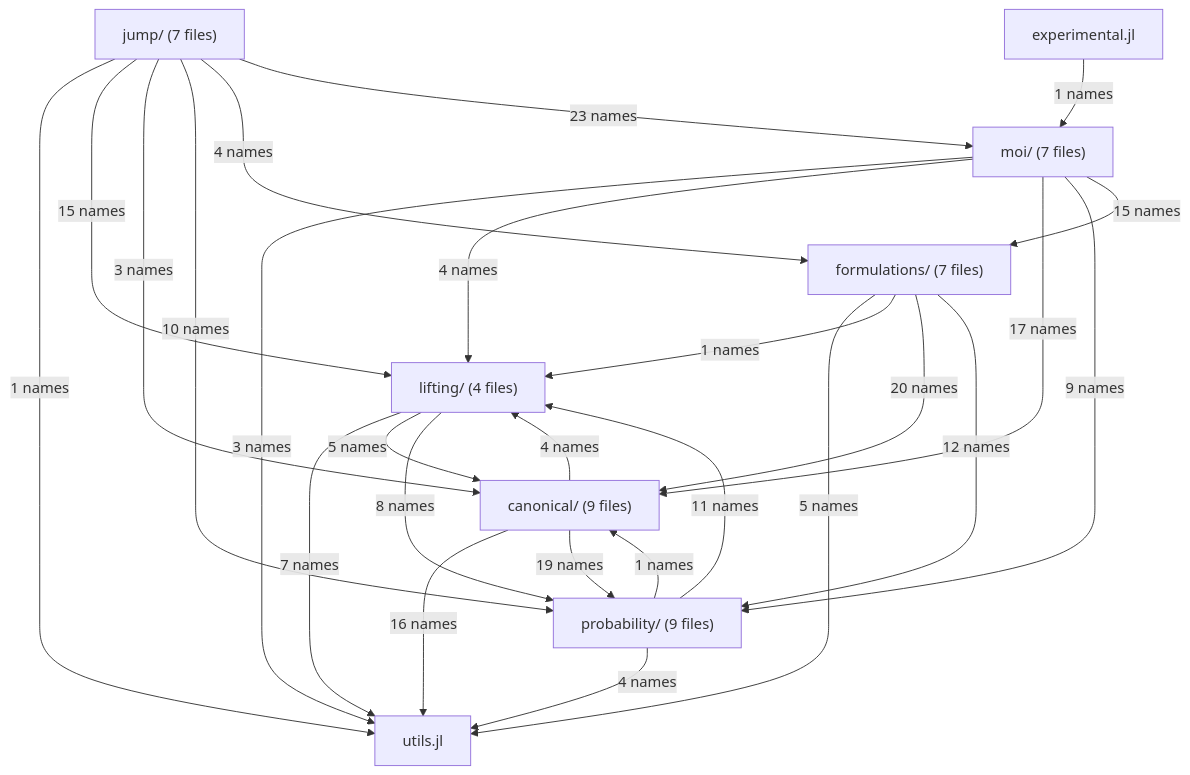
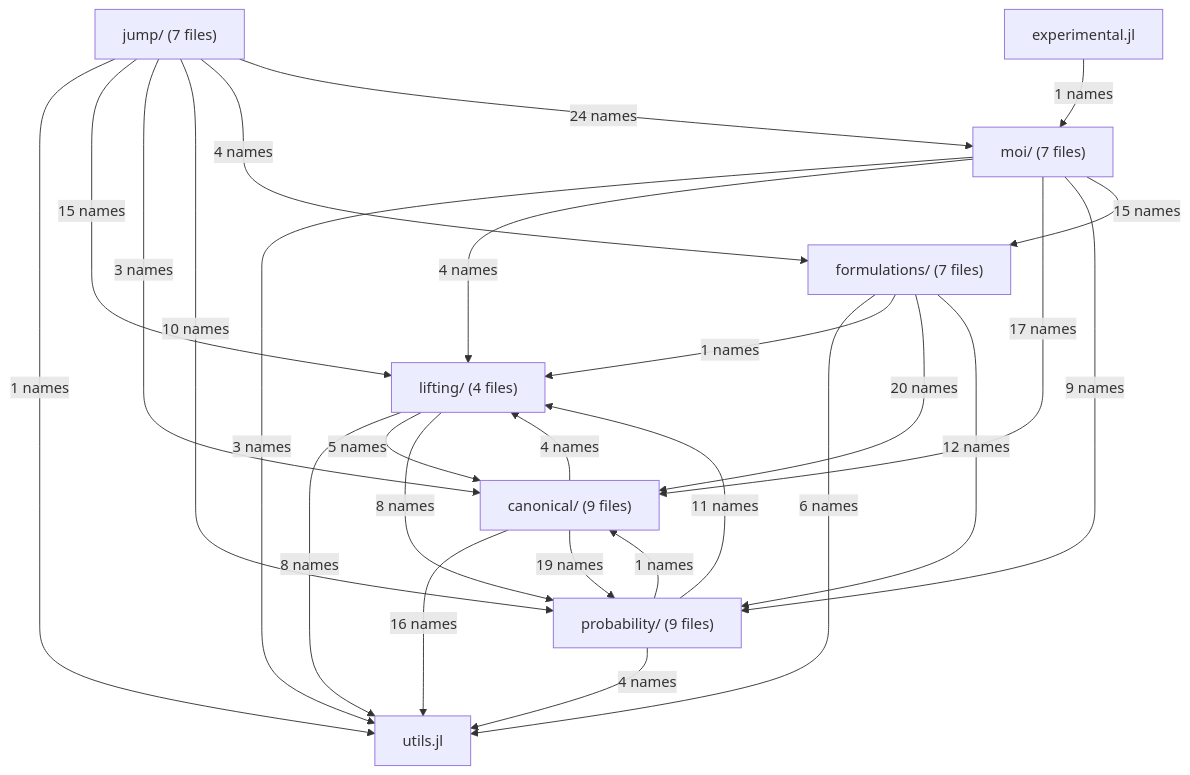
The diagram in docs/src/developer/structure_current.md (bfpc/LinearDecisionRules.jl), drawn with Mermaid before and after one commit. The commit also changed other lines of this file and 14 other files, not shown here.

````diff
--- a/docs/src/developer/structure_current.md
+++ b/docs/src/developer/structure_current.md
@@ -12,36 +12,36 @@
 ```mermaid
 flowchart TD
     utils["utils.jl"]
     lifting["lifting/ (4 files)"]
     canonical["canonical/ (9 files)"]
     probability["probability/ (9 files)"]
     formulations["formulations/ (7 files)"]
     moi["moi/ (7 files)"]
     jump["jump/ (7 files)"]
     experimental["experimental.jl"]
-    lifting -->|"7 names"| utils
+    lifting -->|"8 names"| utils
     lifting -->|"5 names"| canonical
     lifting -->|"8 names"| probability
     canonical -->|"16 names"| utils
     canonical -->|"4 names"| lifting
     canonical -->|"19 names"| probability
     probability -->|"4 names"| utils
     probability -->|"11 names"| lifting
     probability -->|"1 names"| canonical
-    formulations -->|"5 names"| utils
+    formulations -->|"6 names"| utils
     formulations -->|"1 names"| lifting
     formulations -->|"20 names"| canonical
     formulations -->|"12 names"| probability
     moi -->|"3 names"| utils
     moi -->|"4 names"| lifting
     moi -->|"17 names"| canonical
     moi -->|"9 names"| probability
     moi -->|"15 names"| formulations
     jump -->|"1 names"| utils
     jump -->|"15 names"| lifting
     jump -->|"3 names"| canonical
     jump -->|"10 names"| probability
     jump -->|"4 names"| formulations
-    jump -->|"23 names"| moi
+    jump -->|"24 names"| moi
     experimental -->|"1 names"| moi
 ```
````
